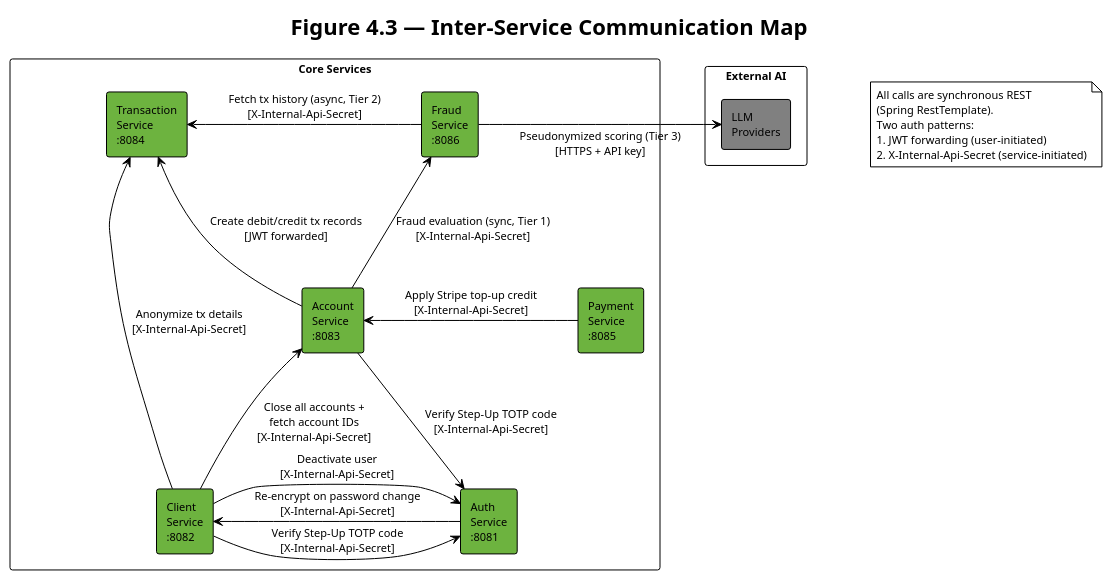
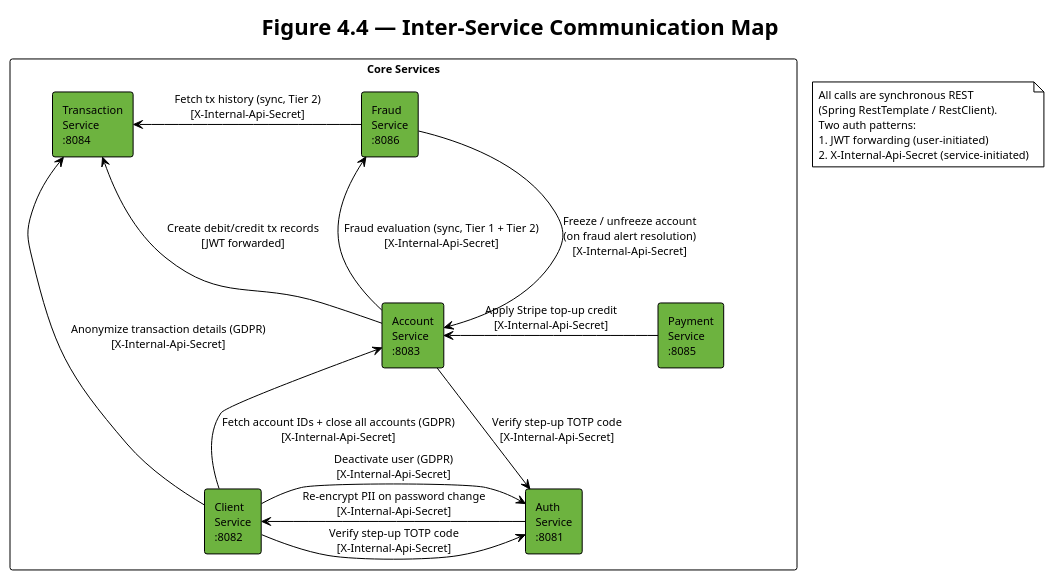
One commit to TurcanuTeodor/Online-Internet-Banking changed the diagram in docs/architecture/chapter4/inter-service-communication.puml. Above: the diagram before and after it, drawn with PlantUML. The commit also changed 7 other files, not shown here.

Commit message:
update plantuml

```diff
--- a/docs/architecture/chapter4/inter-service-communication.puml
+++ b/docs/architecture/chapter4/inter-service-communication.puml
@@ -1,68 +1,63 @@
 @startuml InterService_Communication
 !theme plain
 skinparam backgroundColor white
 skinparam defaultFontName "Segoe UI"
 skinparam defaultFontSize 11
 skinparam shadowing false
 skinparam nodesep 80
 skinparam ranksep 90
 skinparam packageStyle rectangle
 
-title Figure 4.3 — Inter-Service Communication Map
+title Figure 4.4 — Inter-Service Communication Map
 
 note as N1
   All calls are synchronous REST
-  (Spring RestTemplate).
+  (Spring RestTemplate / RestClient).
   Two auth patterns:
   1. JWT forwarding (user-initiated)
   2. X-Internal-Api-Secret (service-initiated)
 end note
 
 package "Core Services" {
   rectangle "Transaction\nService\n:8084" as TX #6DB33F
   rectangle "Fraud\nService\n:8086" as FRAUD #6DB33F
   rectangle "Account\nService\n:8083" as ACCOUNT #6DB33F
   rectangle "Payment\nService\n:8085" as PAY #6DB33F
   rectangle "Client\nService\n:8082" as CLIENT #6DB33F
   rectangle "Auth\nService\n:8081" as AUTH #6DB33F
 }
 
-package "External AI" {
-  rectangle "LLM\nProviders" as LLM #gray
-}
-
 ' === Grid layout (3 rows x 2 cols) ===
-' Row ordering: TX/FRAUD -> ACCOUNT/PAY -> CLIENT/AUTH
 TX -[hidden]right-> FRAUD
 ACCOUNT -[hidden]right-> PAY
 CLIENT -[hidden]right-> AUTH
 
 TX -[hidden]down-> ACCOUNT
 ACCOUNT -[hidden]down-> CLIENT
 FRAUD -[hidden]down-> PAY
 PAY -[hidden]down-> AUTH
 
-FRAUD -[hidden]right-> LLM
-
 ' === Core banking flows ===
 ACCOUNT -up-> TX : Create debit/credit tx records\n[JWT forwarded]
-ACCOUNT -up-> FRAUD : Fraud evaluation (sync, Tier 1)\n[X-Internal-Api-Secret]
+ACCOUNT -up-> FRAUD : Fraud evaluation (sync, Tier 1 + Tier 2)\n[X-Internal-Api-Secret]
 
-' === Fraud async flow ===
-FRAUD -left-> TX : Fetch tx history (async, Tier 2)\n[X-Internal-Api-Secret]
-FRAUD -right-> LLM : Pseudonymized scoring (Tier 3)\n[HTTPS + API key]
+' === Fraud pipeline: Tier 2 sync context fetch ===
+FRAUD -left-> TX : Fetch tx history (sync, Tier 2)\n[X-Internal-Api-Secret]
+
+' === Fraud alert resolution: freeze/unfreeze accounts ===
+FRAUD -down-> ACCOUNT : Freeze / unfreeze account\n(on fraud alert resolution)\n[X-Internal-Api-Secret]
 
 ' === Payment settlement ===
 PAY -left-> ACCOUNT : Apply Stripe top-up credit\n[X-Internal-Api-Secret]
 
-' === Encryption lifecycle & MFA ===
-AUTH -left-> CLIENT : Re-encrypt on password change\n[X-Internal-Api-Secret]
-ACCOUNT -down-> AUTH : Verify Step-Up TOTP code\n[X-Internal-Api-Secret]
-CLIENT -right-> AUTH : Verify Step-Up TOTP code\n[X-Internal-Api-Secret]
+' === Encryption lifecycle & step-up MFA ===
+AUTH -left-> CLIENT : Re-encrypt PII on password change\n[X-Internal-Api-Secret]
+ACCOUNT -down-> AUTH : Verify step-up TOTP code\n[X-Internal-Api-Secret]
+CLIENT -right-> AUTH : Verify step-up TOTP code\n[X-Internal-Api-Secret]
 
-' === GDPR erasure cascade ===
-CLIENT -right-> AUTH : Deactivate user\n[X-Internal-Api-Secret]
-CLIENT -up-> ACCOUNT : Close all accounts +\nfetch account IDs\n[X-Internal-Api-Secret]
-CLIENT -up-> TX : Anonymize tx details\n[X-Internal-Api-Secret]
+' === GDPR erasure cascade (all from client-service) ===
+CLIENT -right-> AUTH : Deactivate user (GDPR)\n[X-Internal-Api-Secret]
+CLIENT -up-> ACCOUNT : Fetch account IDs + close all accounts (GDPR)\n[X-Internal-Api-Secret]
+CLIENT -up-> TX : Anonymize transaction details (GDPR)\n[X-Internal-Api-Secret]
 
 @enduml
```
